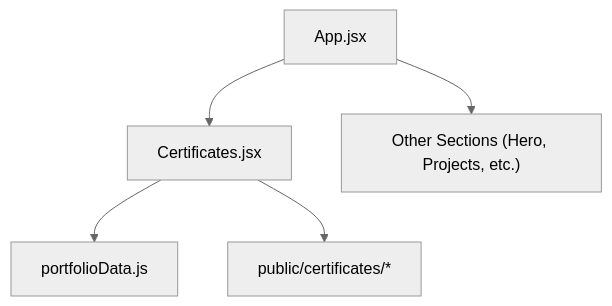
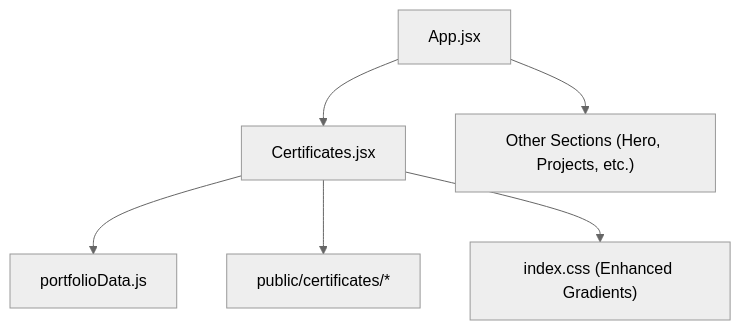
The first of 6 diagrams in .qoder/repowiki/en/content/Core Features/Certificates Management.md (Gokulnath33/portfolio), drawn with Mermaid (neutral theme) before and after one commit. The commit also changed other lines of this file and 34 other files, not shown here.

````diff
--- a/.qoder/repowiki/en/content/Core Features/Certificates Management.md
+++ b/.qoder/repowiki/en/content/Core Features/Certificates Management.md
@@ -37,7 +41,8 @@
 ```mermaid
 graph TB
 App["App.jsx"] --> Certs["Certificates.jsx"]
 Certs --> Data["portfolioData.js"]
 Certs --> PublicFiles["public/certificates/*"]
+Certs --> Styles["index.css (Enhanced Gradients)"]
 App --> OtherSections["Other Sections (Hero, Projects, etc.)"]
 ```
````
